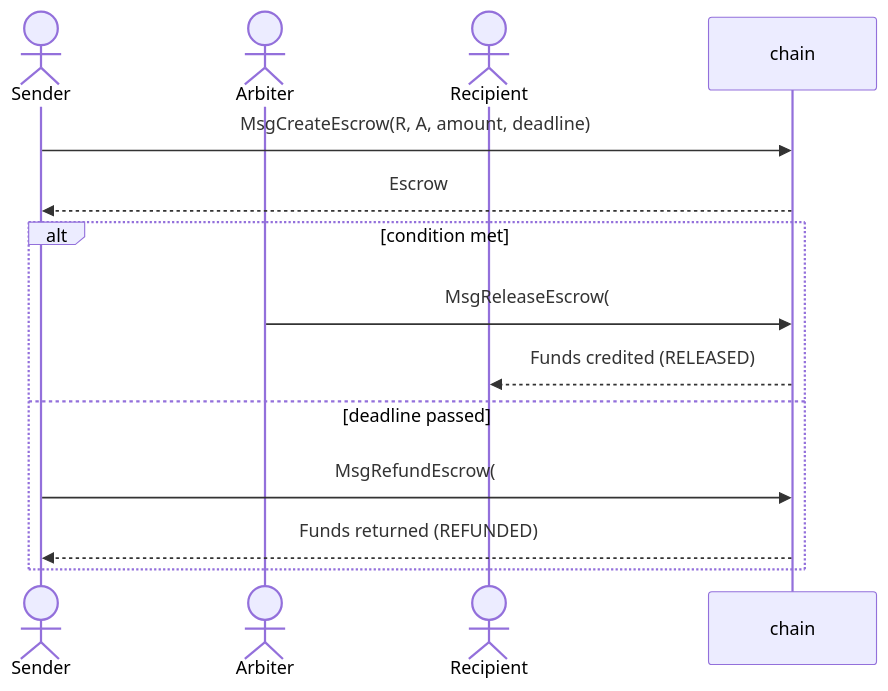
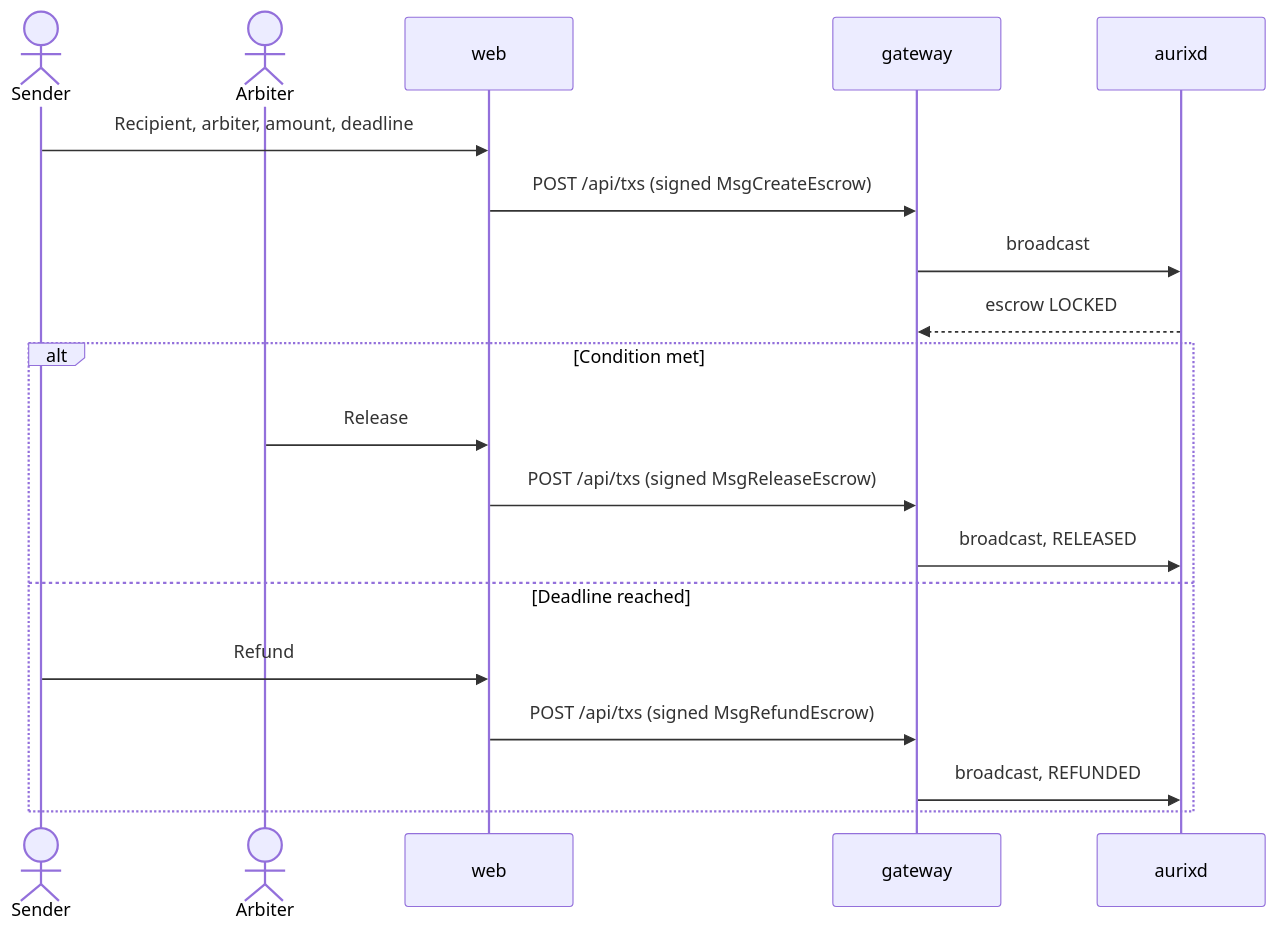
One commit to joeylukoji/Aurix changed the sixth of 11 diagrams in docs/architecture/diagrams.md. Above: the diagram before and after it, drawn with Mermaid. The commit also changed other lines of this file and 7 other files, not shown here.

Commit message:
docs: as-built architecture, sprint status, Devpost description and demo script

````diff
--- a/docs/architecture/diagrams.md
+++ b/docs/architecture/diagrams.md
@@ -130,16 +121,21 @@
 ```mermaid
 sequenceDiagram
     actor S as Sender
     actor A as Arbiter
-    actor R as Recipient
-    participant C as chain
-    S->>C: MsgCreateEscrow(R, A, amount, deadline)
-    C-->>S: Escrow #id LOCKED
-    alt condition met
-        A->>C: MsgReleaseEscrow(#id)
-        C-->>R: Funds credited (RELEASED)
-    else deadline passed
-        S->>C: MsgRefundEscrow(#id)
-        C-->>S: Funds returned (REFUNDED)
+    participant W as web
+    participant G as gateway
+    participant C as aurixd
+    S->>W: Recipient, arbiter, amount, deadline
+    W->>G: POST /api/txs (signed MsgCreateEscrow)
+    G->>C: broadcast
+    C-->>G: escrow LOCKED
+    alt Condition met
+        A->>W: Release
+        W->>G: POST /api/txs (signed MsgReleaseEscrow)
+        G->>C: broadcast, RELEASED
+    else Deadline reached
+        S->>W: Refund
+        W->>G: POST /api/txs (signed MsgRefundEscrow)
+        G->>C: broadcast, REFUNDED
     end
 ```
````
